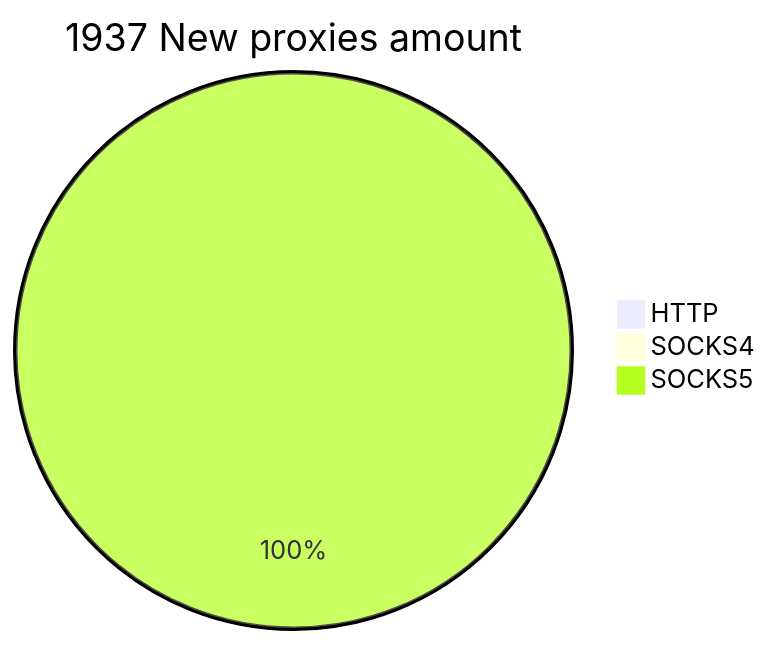
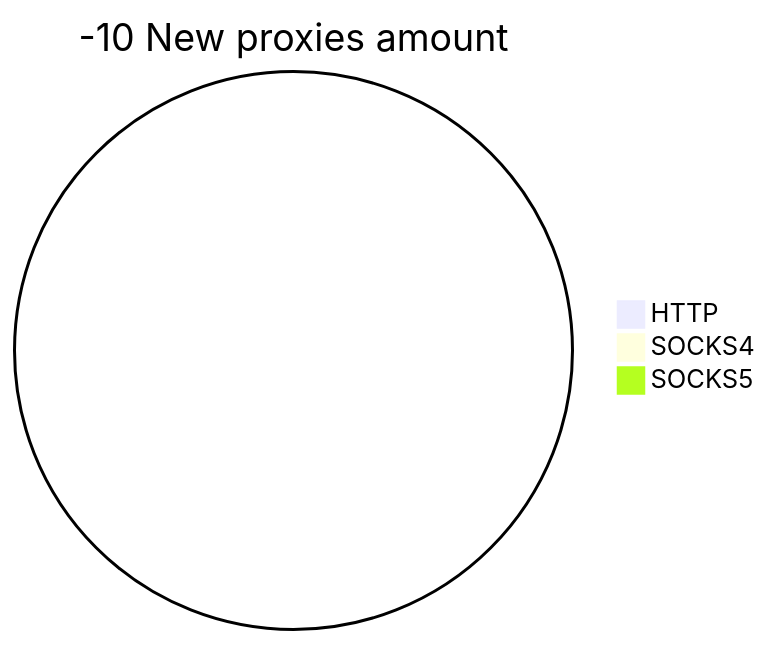
One commit to cutipu/proxylist changed the second of 2 diagrams in README.md. Above: the diagram before and after it, drawn with Mermaid. The commit also changed other lines of this file, not shown here.

````diff
--- a/README.md
+++ b/README.md
@@ -10,6 +10,6 @@
 ```mermaid
-pie title 1937 New proxies amount
+pie title -10 New proxies amount
     "HTTP" : 0
     "SOCKS4" : 0
-    "SOCKS5" : 1937
+    "SOCKS5" : 0
 ```
````
